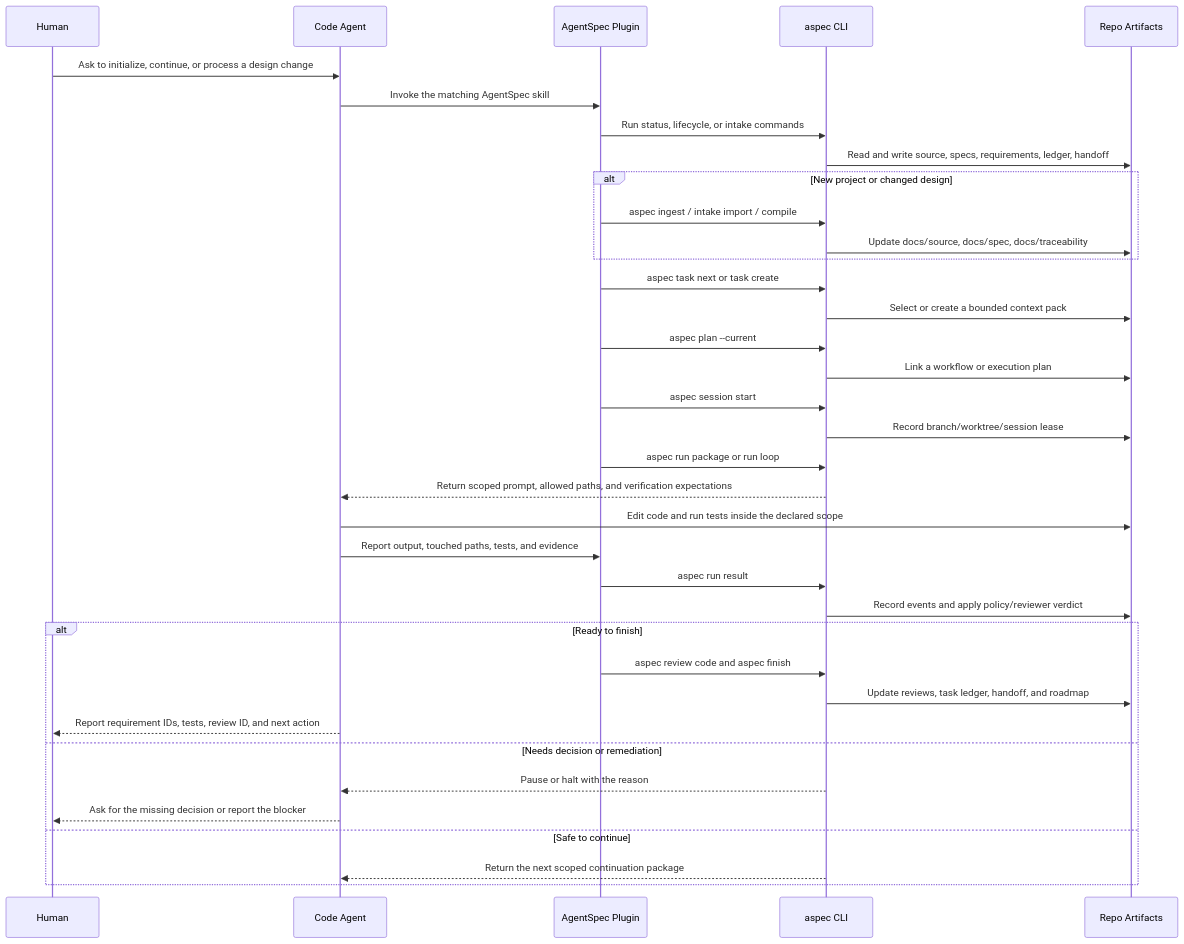
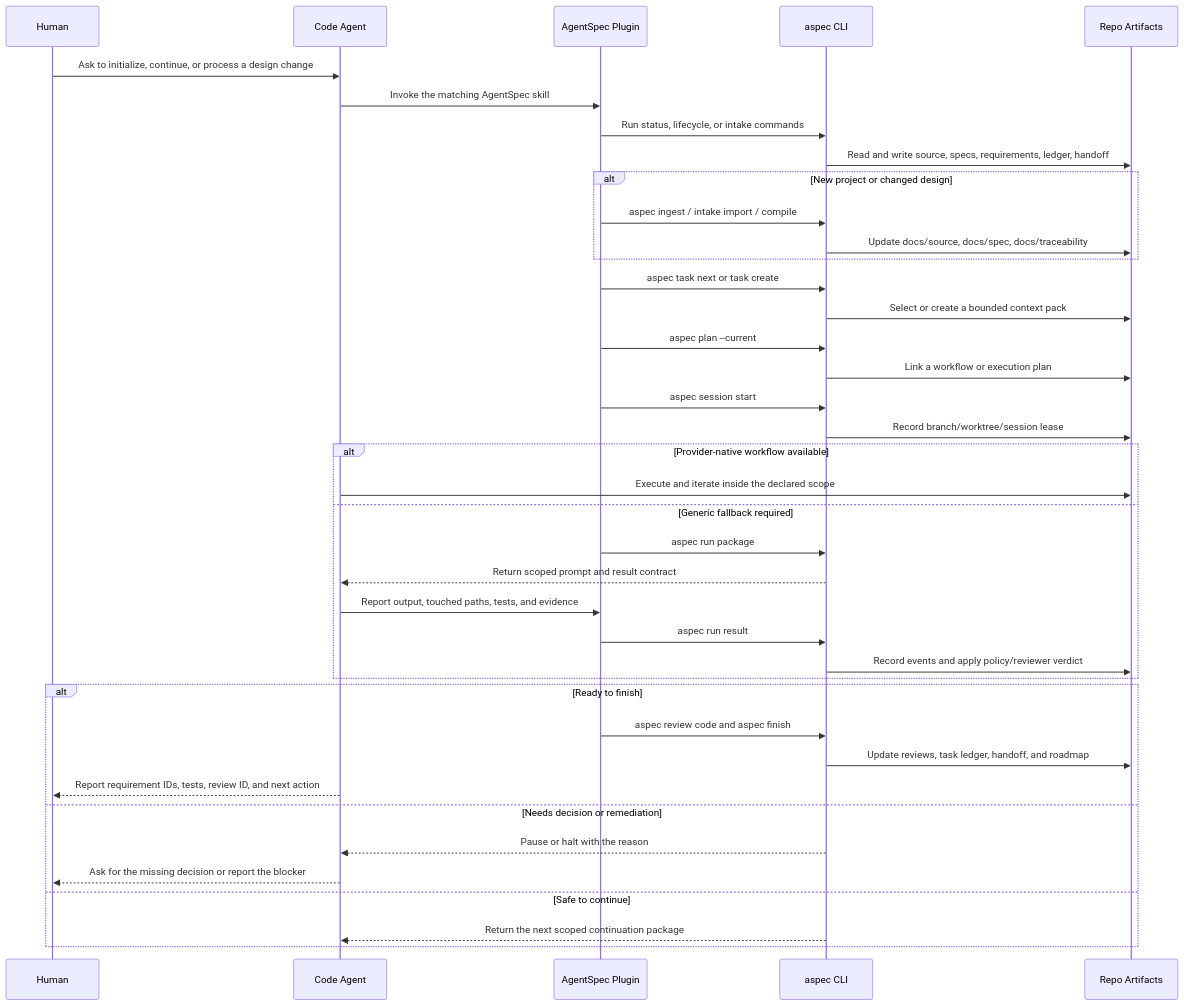
One commit to yimwoo/agent-spec changed the second of 2 diagrams in docs/GETTING_STARTED.md. Above: the diagram before and after it, drawn with Mermaid. The commit also changed other lines of this file and 21 other files, not shown here.

Commit message:
feat: prefer provider-native task execution

````diff
--- a/docs/GETTING_STARTED.md
+++ b/docs/GETTING_STARTED.md
@@ -116,39 +123,42 @@
 ```mermaid
 sequenceDiagram
   participant H as Human
   participant A as Code Agent
   participant P as AgentSpec Plugin
   participant C as aspec CLI
   participant R as Repo Artifacts
 
   H->>A: Ask to initialize, continue, or process a design change
   A->>P: Invoke the matching AgentSpec skill
   P->>C: Run status, lifecycle, or intake commands
   C->>R: Read and write source, specs, requirements, ledger, handoff
   alt New project or changed design
     P->>C: aspec ingest / intake import / compile
     C->>R: Update docs/source, docs/spec, docs/traceability
   end
   P->>C: aspec task next or task create
   C->>R: Select or create a bounded context pack
   P->>C: aspec plan --current
   C->>R: Link a workflow or execution plan
   P->>C: aspec session start
   C->>R: Record branch/worktree/session lease
-  P->>C: aspec run package or run loop
-  C-->>A: Return scoped prompt, allowed paths, and verification expectations
-  A->>R: Edit code and run tests inside the declared scope
-  A->>P: Report output, touched paths, tests, and evidence
-  P->>C: aspec run result
-  C->>R: Record events and apply policy/reviewer verdict
+  alt Provider-native workflow available
+    A->>R: Execute and iterate inside the declared scope
+  else Generic fallback required
+    P->>C: aspec run package
+    C-->>A: Return scoped prompt and result contract
+    A->>P: Report output, touched paths, tests, and evidence
+    P->>C: aspec run result
+    C->>R: Record events and apply policy/reviewer verdict
+  end
   alt Ready to finish
     P->>C: aspec review code and aspec finish
     C->>R: Update reviews, task ledger, handoff, and roadmap
     A-->>H: Report requirement IDs, tests, review ID, and next action
   else Needs decision or remediation
     C-->>A: Pause or halt with the reason
     A-->>H: Ask for the missing decision or report the blocker
   else Safe to continue
     C-->>A: Return the next scoped continuation package
   end
 ```
````
